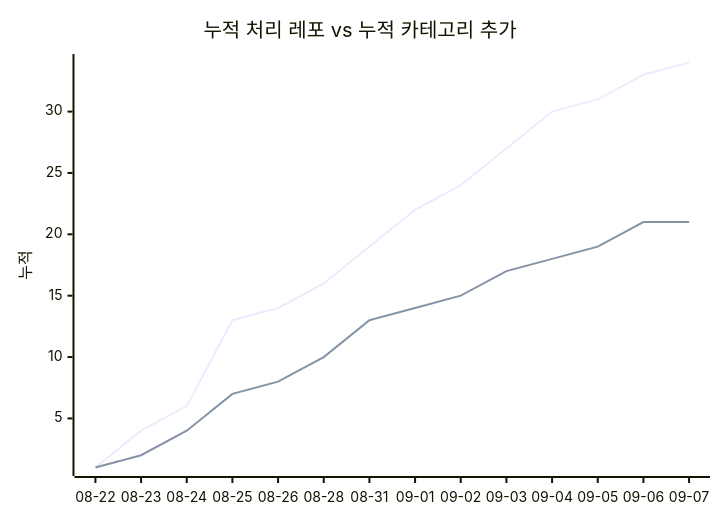
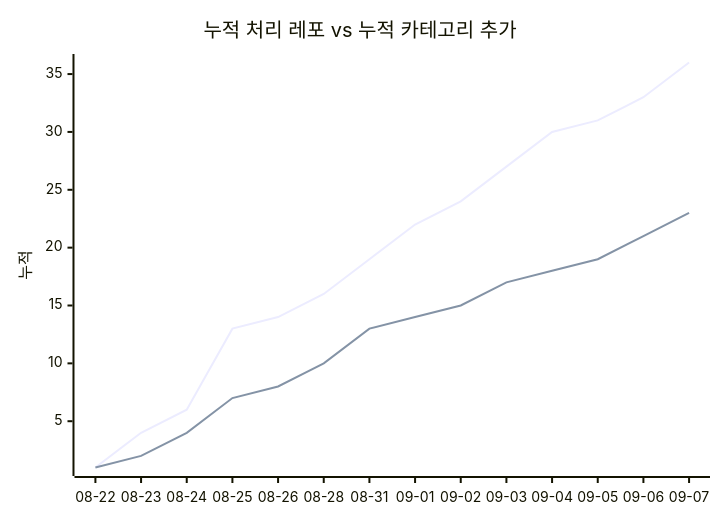
Before and after one commit to J-nowcow/awesome-korean-agent-skills: the second of 2 diagrams in docs/trends.md, drawn with Mermaid. The commit also changed other lines of this file and 5 other files, not shown here.

````diff
--- a/docs/trends.md
+++ b/docs/trends.md
@@ -68,8 +68,8 @@
 ```mermaid
 xychart-beta
     title "누적 처리 레포 vs 누적 카테고리 추가"
     x-axis ["08-22","08-23","08-24","08-25","08-26","08-28","08-31","09-01","09-02","09-03","09-04","09-05","09-06","09-07"]
     y-axis "누적"
-    line [1,4,6,13,14,16,19,22,24,27,30,31,33,34]
-    line [1,2,4,7,8,10,13,14,15,17,18,19,21,21]
+    line [1,4,6,13,14,16,19,22,24,27,30,31,33,36]
+    line [1,2,4,7,8,10,13,14,15,17,18,19,21,23]
 ```
````
